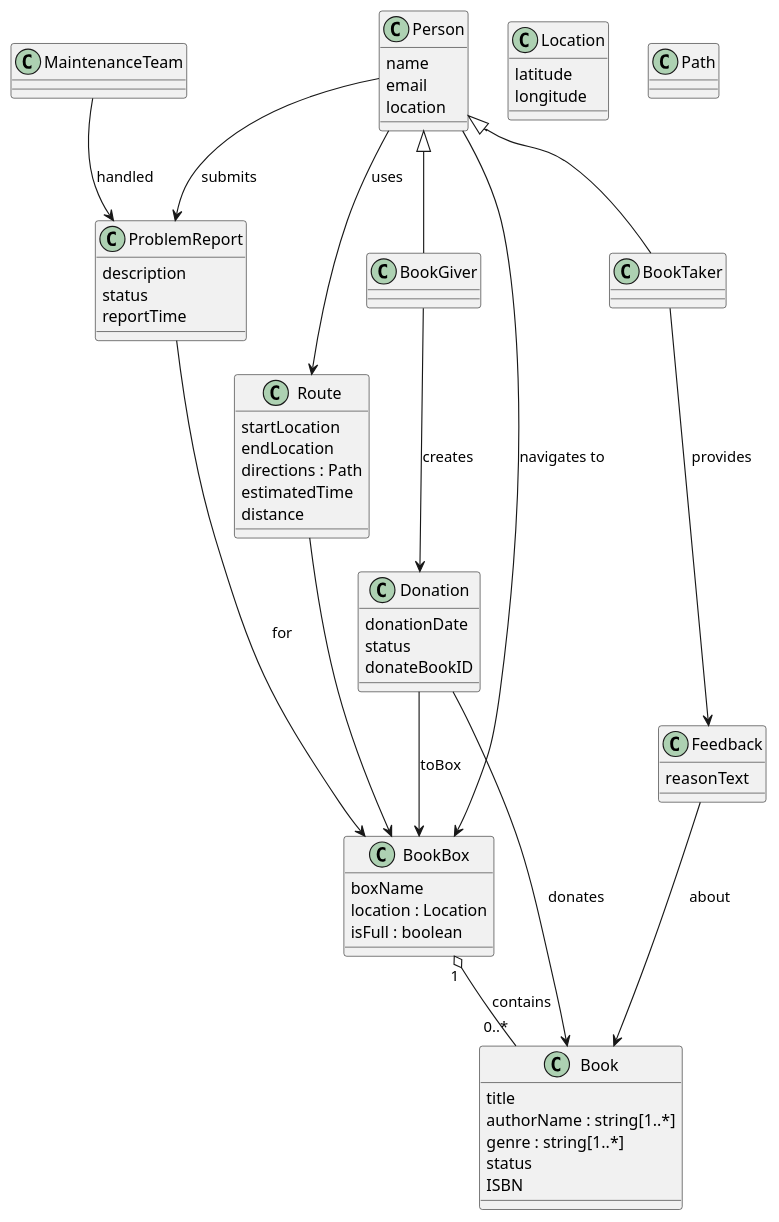
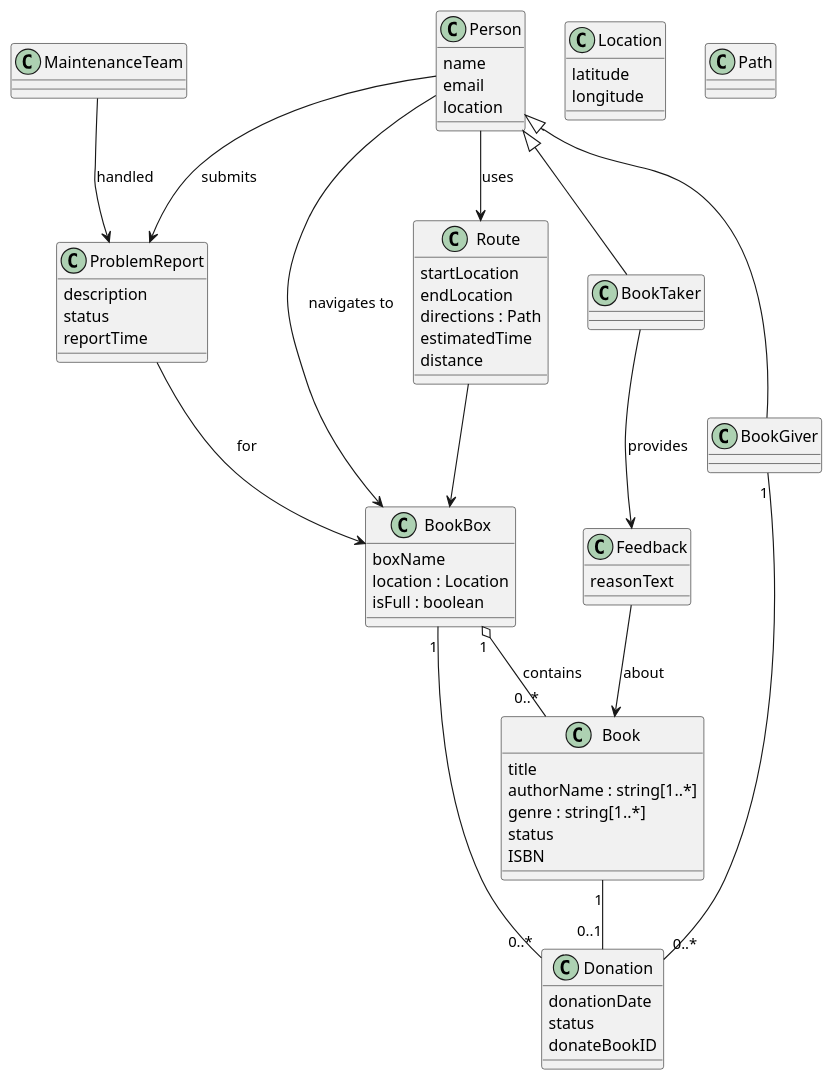
The diagram in UMLDiagram/domainDiagram.puml (lauuragarciam/Introduction-to-Software), drawn with PlantUML before and after one commit.

```diff
--- a/UMLDiagram/domainDiagram.puml
+++ b/UMLDiagram/domainDiagram.puml
@@ -1,89 +1,88 @@
 @startuml
 
 class Person {
   name
   email
   location
 }
 
 class BookTaker {
 }
 
 class BookGiver {
 }
 
 class BookBox {
   boxName
   location : Location 
   isFull : boolean
 }
 
 class Location {
     latitude
     longitude
 }
 
 class Book {
   title
   authorName : string[1..*]
   genre : string[1..*]
   status
   ISBN
 }
 
 
 class Donation {
   donationDate
   status
   donateBookID
 }
 
 class Feedback {
   reasonText
 }
 
 
 class ProblemReport {
   description
   status
   reportTime
 }
 
 class MaintenanceTeam {
 }
 
 class Route {
   startLocation
   endLocation
   directions : Path
   estimatedTime
   distance
 }
 
 class Path {
 
 }
 
 Person <|-- BookTaker
 Person <|-- BookGiver
 
-
 BookBox "1" o-- "0..*" Book : contains
 
 
 Person --> Route : uses
 Route --> BookBox
 Person --> BookBox : navigates to
 
-Donation --> Book : donates
-BookGiver --> Donation : creates
-Donation --> BookBox : toBox
+BookGiver "1" -- "0..*" Donation
+BookBox "1" -- "0..*" Donation
+Book "1" -- "0..1" Donation
 
 BookTaker --> Feedback : provides
 Feedback --> Book : about
 
 Person --> ProblemReport : submits
 ProblemReport --> BookBox : for
 MaintenanceTeam --> ProblemReport : handled
 
 @enduml
```
